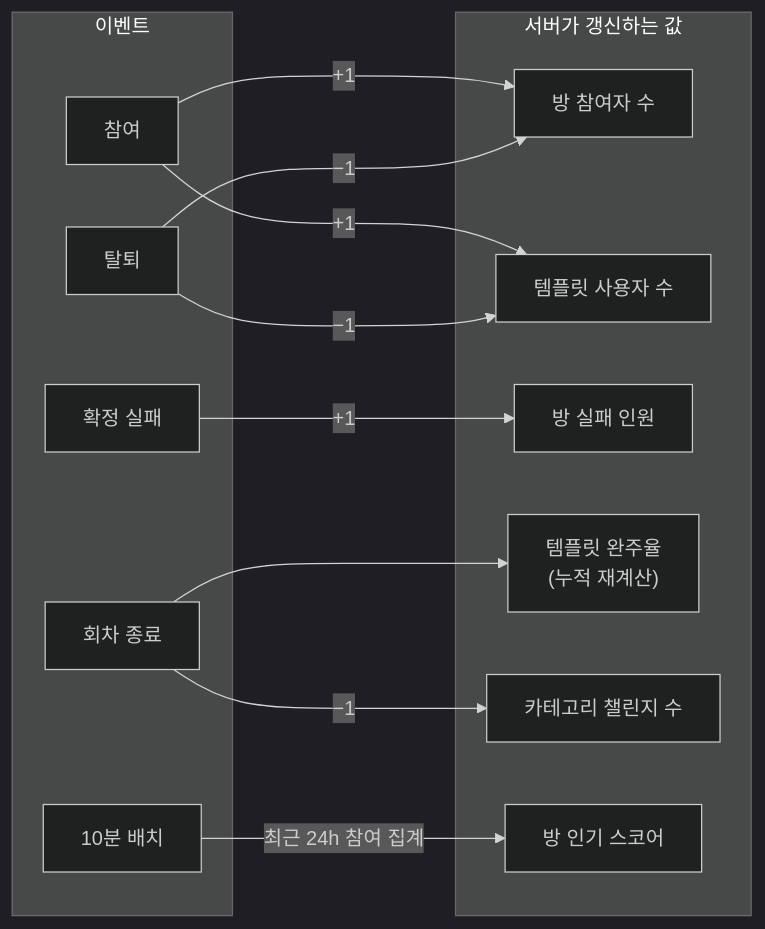
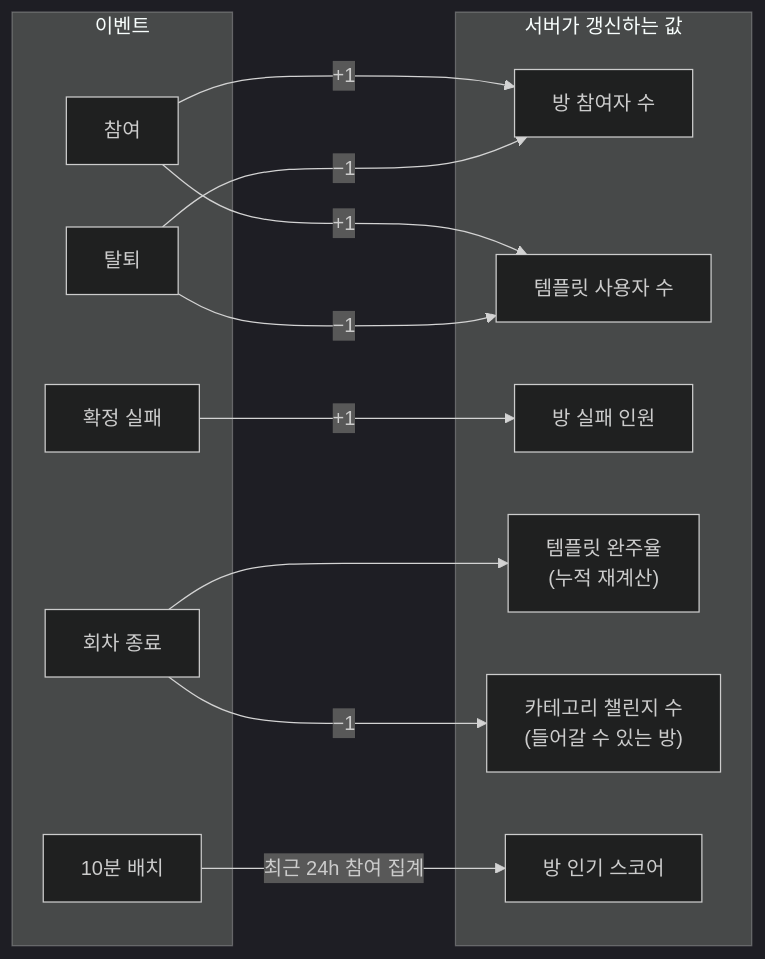
The first of 2 diagrams in docs/search/챌린지탐색 테크스펙.md (RuleUp-ASM/Backend), drawn with Mermaid (dark theme) before and after one commit. The commit also changed other lines of this file and 28 other files, not shown here.

````diff
--- a/docs/search/챌린지탐색 테크스펙.md
+++ b/docs/search/챌린지탐색 테크스펙.md
@@ -192,29 +208,29 @@
 ```mermaid
 flowchart LR
     subgraph EV["이벤트"]
         J["참여"]
         L["탈퇴"]
         F["확정 실패"]
         E["회차 종료"]
         T["10분 배치"]
     end
 
     subgraph DB["서버가 갱신하는 값"]
         PC["방 참여자 수"]
         TU["템플릿 사용자 수"]
         FC["방 실패 인원"]
         CR["템플릿 완주율<br/>(누적 재계산)"]
-        CC["카테고리 챌린지 수"]
+        CC["카테고리 챌린지 수<br/>(들어갈 수 있는 방)"]
         TS["방 인기 스코어"]
     end
 
     J -->|"+1"| PC
     J -->|"+1"| TU
     L -->|"−1"| PC
     L -->|"−1"| TU
     F -->|"+1"| FC
     E --> CR
     E -->|"−1"| CC
     T -->|"최근 24h 참여 집계"| TS
 
 ```
````
